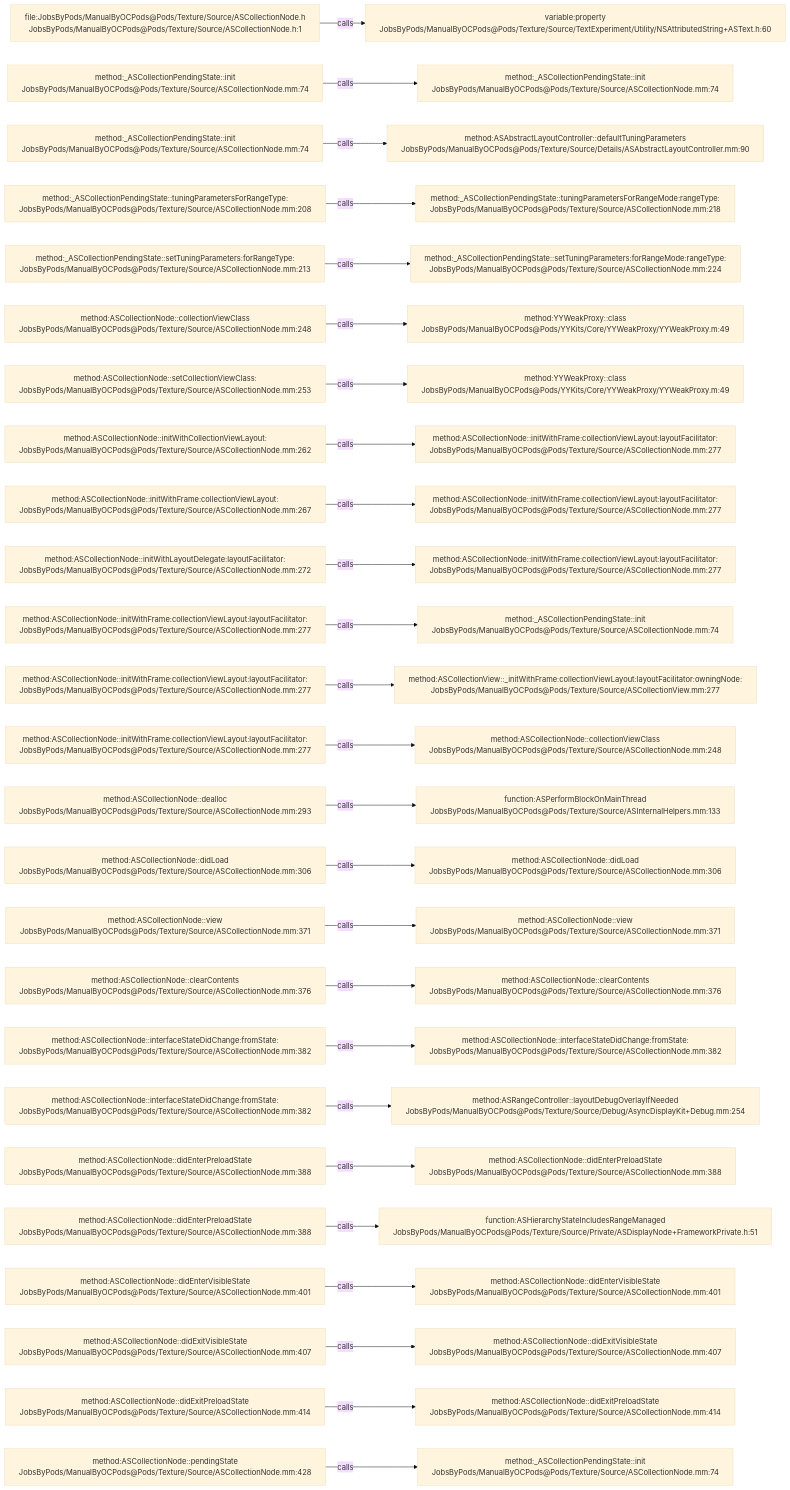
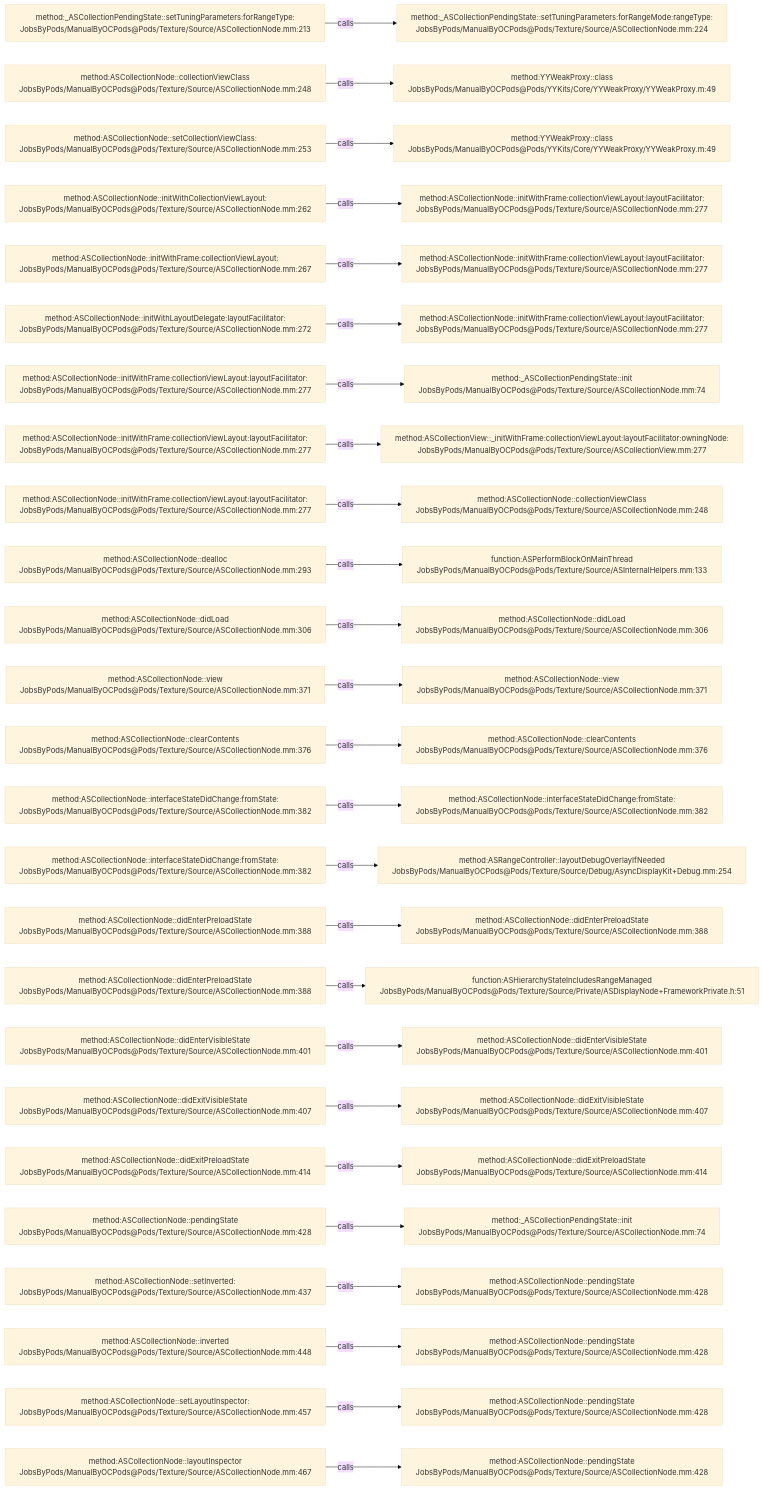
The diagram in .codegraph/codegraph.md/graphs/calls-074.md (JobsKits/JobsOCBaseConfigDemo), drawn with Mermaid (base theme) before and after one commit. The commit also changed 727 other files, not shown here.

````diff
--- a/.codegraph/codegraph.md/graphs/calls-074.md
+++ b/.codegraph/codegraph.md/graphs/calls-074.md
@@ -13,78 +13,78 @@
 ```mermaid
 flowchart LR
-  S1["file:JobsByPods/ManualByOCPods@Pods/Texture/Source/ASCollectionNode.h<br/>JobsByPods/ManualByOCPods@Pods/Texture/Source/ASCollectionNode.h:1"]
-  T1["variable:property<br/>JobsByPods/ManualByOCPods@Pods/Texture/Source/TextExperiment/Utility/NSAttributedString+ASText.h:60"]
+  S1["method:_ASCollectionPendingState::setTuningParameters:forRangeType:<br/>JobsByPods/ManualByOCPods@Pods/Texture/Source/ASCollectionNode.mm:213"]
+  T1["method:_ASCollectionPendingState::setTuningParameters:forRangeMode:rangeType:<br/>JobsByPods/ManualByOCPods@Pods/Texture/Source/ASCollectionNode.mm:224"]
   S1 -->|calls| T1
-  S2["method:_ASCollectionPendingState::init<br/>JobsByPods/ManualByOCPods@Pods/Texture/Source/ASCollectionNode.mm:74"]
-  T2["method:_ASCollectionPendingState::init<br/>JobsByPods/ManualByOCPods@Pods/Texture/Source/ASCollectionNode.mm:74"]
+  S2["method:ASCollectionNode::collectionViewClass<br/>JobsByPods/ManualByOCPods@Pods/Texture/Source/ASCollectionNode.mm:248"]
+  T2["method:YYWeakProxy::class<br/>JobsByPods/ManualByOCPods@Pods/YYKits/Core/YYWeakProxy/YYWeakProxy.m:49"]
   S2 -->|calls| T2
-  S3["method:_ASCollectionPendingState::init<br/>JobsByPods/ManualByOCPods@Pods/Texture/Source/ASCollectionNode.mm:74"]
-  T3["method:ASAbstractLayoutController::defaultTuningParameters<br/>JobsByPods/ManualByOCPods@Pods/Texture/Source/Details/ASAbstractLayoutController.mm:90"]
+  S3["method:ASCollectionNode::setCollectionViewClass:<br/>JobsByPods/ManualByOCPods@Pods/Texture/Source/ASCollectionNode.mm:253"]
+  T3["method:YYWeakProxy::class<br/>JobsByPods/ManualByOCPods@Pods/YYKits/Core/YYWeakProxy/YYWeakProxy.m:49"]
   S3 -->|calls| T3
-  S4["method:_ASCollectionPendingState::tuningParametersForRangeType:<br/>JobsByPods/ManualByOCPods@Pods/Texture/Source/ASCollectionNode.mm:208"]
-  T4["method:_ASCollectionPendingState::tuningParametersForRangeMode:rangeType:<br/>JobsByPods/ManualByOCPods@Pods/Texture/Source/ASCollectionNode.mm:218"]
+  S4["method:ASCollectionNode::initWithCollectionViewLayout:<br/>JobsByPods/ManualByOCPods@Pods/Texture/Source/ASCollectionNode.mm:262"]
+  T4["method:ASCollectionNode::initWithFrame:collectionViewLayout:layoutFacilitator:<br/>JobsByPods/ManualByOCPods@Pods/Texture/Source/ASCollectionNode.mm:277"]
   S4 -->|calls| T4
-  S5["method:_ASCollectionPendingState::setTuningParameters:forRangeType:<br/>JobsByPods/ManualByOCPods@Pods/Texture/Source/ASCollectionNode.mm:213"]
-  T5["method:_ASCollectionPendingState::setTuningParameters:forRangeMode:rangeType:<br/>JobsByPods/ManualByOCPods@Pods/Texture/Source/ASCollectionNode.mm:224"]
+  S5["method:ASCollectionNode::initWithFrame:collectionViewLayout:<br/>JobsByPods/ManualByOCPods@Pods/Texture/Source/ASCollectionNode.mm:267"]
+  T5["method:ASCollectionNode::initWithFrame:collectionViewLayout:layoutFacilitator:<br/>JobsByPods/ManualByOCPods@Pods/Texture/Source/ASCollectionNode.mm:277"]
   S5 -->|calls| T5
-  S6["method:ASCollectionNode::collectionViewClass<br/>JobsByPods/ManualByOCPods@Pods/Texture/Source/ASCollectionNode.mm:248"]
-  T6["method:YYWeakProxy::class<br/>JobsByPods/ManualByOCPods@Pods/YYKits/Core/YYWeakProxy/YYWeakProxy.m:49"]
+  S6["method:ASCollectionNode::initWithLayoutDelegate:layoutFacilitator:<br/>JobsByPods/ManualByOCPods@Pods/Texture/Source/ASCollectionNode.mm:272"]
+  T6["method:ASCollectionNode::initWithFrame:collectionViewLayout:layoutFacilitator:<br/>JobsByPods/ManualByOCPods@Pods/Texture/Source/ASCollectionNode.mm:277"]
   S6 -->|calls| T6
-  S7["method:ASCollectionNode::setCollectionViewClass:<br/>JobsByPods/ManualByOCPods@Pods/Texture/Source/ASCollectionNode.mm:253"]
-  T7["method:YYWeakProxy::class<br/>JobsByPods/ManualByOCPods@Pods/YYKits/Core/YYWeakProxy/YYWeakProxy.m:49"]
+  S7["method:ASCollectionNode::initWithFrame:collectionViewLayout:layoutFacilitator:<br/>JobsByPods/ManualByOCPods@Pods/Texture/Source/ASCollectionNode.mm:277"]
+  T7["method:_ASCollectionPendingState::init<br/>JobsByPods/ManualByOCPods@Pods/Texture/Source/ASCollectionNode.mm:74"]
   S7 -->|calls| T7
-  S8["method:ASCollectionNode::initWithCollectionViewLayout:<br/>JobsByPods/ManualByOCPods@Pods/Texture/Source/ASCollectionNode.mm:262"]
-  T8["method:ASCollectionNode::initWithFrame:collectionViewLayout:layoutFacilitator:<br/>JobsByPods/ManualByOCPods@Pods/Texture/Source/ASCollectionNode.mm:277"]
+  S8["method:ASCollectionNode::initWithFrame:collectionViewLayout:layoutFacilitator:<br/>JobsByPods/ManualByOCPods@Pods/Texture/Source/ASCollectionNode.mm:277"]
+  T8["method:ASCollectionView::_initWithFrame:collectionViewLayout:layoutFacilitator:owningNode:<br/>JobsByPods/ManualByOCPods@Pods/Texture/Source/ASCollectionView.mm:277"]
   S8 -->|calls| T8
-  S9["method:ASCollectionNode::initWithFrame:collectionViewLayout:<br/>JobsByPods/ManualByOCPods@Pods/Texture/Source/ASCollectionNode.mm:267"]
-  T9["method:ASCollectionNode::initWithFrame:collectionViewLayout:layoutFacilitator:<br/>JobsByPods/ManualByOCPods@Pods/Texture/Source/ASCollectionNode.mm:277"]
+  S9["method:ASCollectionNode::initWithFrame:collectionViewLayout:layoutFacilitator:<br/>JobsByPods/ManualByOCPods@Pods/Texture/Source/ASCollectionNode.mm:277"]
+  T9["method:ASCollectionNode::collectionViewClass<br/>JobsByPods/ManualByOCPods@Pods/Texture/Source/ASCollectionNode.mm:248"]
   S9 -->|calls| T9
-  S10["method:ASCollectionNode::initWithLayoutDelegate:layoutFacilitator:<br/>JobsByPods/ManualByOCPods@Pods/Texture/Source/ASCollectionNode.mm:272"]
-  T10["method:ASCollectionNode::initWithFrame:collectionViewLayout:layoutFacilitator:<br/>JobsByPods/ManualByOCPods@Pods/Texture/Source/ASCollectionNode.mm:277"]
+  S10["method:ASCollectionNode::dealloc<br/>JobsByPods/ManualByOCPods@Pods/Texture/Source/ASCollectionNode.mm:293"]
+  T10["function:ASPerformBlockOnMainThread<br/>JobsByPods/ManualByOCPods@Pods/Texture/Source/ASInternalHelpers.mm:133"]
   S10 -->|calls| T10
-  S11["method:ASCollectionNode::initWithFrame:collectionViewLayout:layoutFacilitator:<br/>JobsByPods/ManualByOCPods@Pods/Texture/Source/ASCollectionNode.mm:277"]
-  T11["method:_ASCollectionPendingState::init<br/>JobsByPods/ManualByOCPods@Pods/Texture/Source/ASCollectionNode.mm:74"]
+  S11["method:ASCollectionNode::didLoad<br/>JobsByPods/ManualByOCPods@Pods/Texture/Source/ASCollectionNode.mm:306"]
+  T11["method:ASCollectionNode::didLoad<br/>JobsByPods/ManualByOCPods@Pods/Texture/Source/ASCollectionNode.mm:306"]
   S11 -->|calls| T11
-  S12["method:ASCollectionNode::initWithFrame:collectionViewLayout:layoutFacilitator:<br/>JobsByPods/ManualByOCPods@Pods/Texture/Source/ASCollectionNode.mm:277"]
-  T12["method:ASCollectionView::_initWithFrame:collectionViewLayout:layoutFacilitator:owningNode:<br/>JobsByPods/ManualByOCPods@Pods/Texture/Source/ASCollectionView.mm:277"]
+  S12["method:ASCollectionNode::view<br/>JobsByPods/ManualByOCPods@Pods/Texture/Source/ASCollectionNode.mm:371"]
+  T12["method:ASCollectionNode::view<br/>JobsByPods/ManualByOCPods@Pods/Texture/Source/ASCollectionNode.mm:371"]
   S12 -->|calls| T12
-  S13["method:ASCollectionNode::initWithFrame:collectionViewLayout:layoutFacilitator:<br/>JobsByPods/ManualByOCPods@Pods/Texture/Source/ASCollectionNode.mm:277"]
-  T13["method:ASCollectionNode::collectionViewClass<br/>JobsByPods/ManualByOCPods@Pods/Texture/Source/ASCollectionNode.mm:248"]
+  S13["method:ASCollectionNode::clearContents<br/>JobsByPods/ManualByOCPods@Pods/Texture/Source/ASCollectionNode.mm:376"]
+  T13["method:ASCollectionNode::clearContents<br/>JobsByPods/ManualByOCPods@Pods/Texture/Source/ASCollectionNode.mm:376"]
   S13 -->|calls| T13
-  S14["method:ASCollectionNode::dealloc<br/>JobsByPods/ManualByOCPods@Pods/Texture/Source/ASCollectionNode.mm:293"]
-  T14["function:ASPerformBlockOnMainThread<br/>JobsByPods/ManualByOCPods@Pods/Texture/Source/ASInternalHelpers.mm:133"]
+  S14["method:ASCollectionNode::interfaceStateDidChange:fromState:<br/>JobsByPods/ManualByOCPods@Pods/Texture/Source/ASCollectionNode.mm:382"]
+  T14["method:ASCollectionNode::interfaceStateDidChange:fromState:<br/>JobsByPods/ManualByOCPods@Pods/Texture/Source/ASCollectionNode.mm:382"]
   S14 -->|calls| T14
-  S15["method:ASCollectionNode::didLoad<br/>JobsByPods/ManualByOCPods@Pods/Texture/Source/ASCollectionNode.mm:306"]
-  T15["method:ASCollectionNode::didLoad<br/>JobsByPods/ManualByOCPods@Pods/Texture/Source/ASCollectionNode.mm:306"]
+  S15["method:ASCollectionNode::interfaceStateDidChange:fromState:<br/>JobsByPods/ManualByOCPods@Pods/Texture/Source/ASCollectionNode.mm:382"]
+  T15["method:ASRangeController::layoutDebugOverlayIfNeeded<br/>JobsByPods/ManualByOCPods@Pods/Texture/Source/Debug/AsyncDisplayKit+Debug.mm:254"]
   S15 -->|calls| T15
-  S16["method:ASCollectionNode::view<br/>JobsByPods/ManualByOCPods@Pods/Texture/Source/ASCollectionNode.mm:371"]
-  T16["method:ASCollectionNode::view<br/>JobsByPods/ManualByOCPods@Pods/Texture/Source/ASCollectionNode.mm:371"]
+  S16["method:ASCollectionNode::didEnterPreloadState<br/>JobsByPods/ManualByOCPods@Pods/Texture/Source/ASCollectionNode.mm:388"]
+  T16["method:ASCollectionNode::didEnterPreloadState<br/>JobsByPods/ManualByOCPods@Pods/Texture/Source/ASCollectionNode.mm:388"]
   S16 -->|calls| T16
-  S17["method:ASCollectionNode::clearContents<br/>JobsByPods/ManualByOCPods@Pods/Texture/Source/ASCollectionNode.mm:376"]
-  T17["method:ASCollectionNode::clearContents<br/>JobsByPods/ManualByOCPods@Pods/Texture/Source/ASCollectionNode.mm:376"]
+  S17["method:ASCollectionNode::didEnterPreloadState<br/>JobsByPods/ManualByOCPods@Pods/Texture/Source/ASCollectionNode.mm:388"]
+  T17["function:ASHierarchyStateIncludesRangeManaged<br/>JobsByPods/ManualByOCPods@Pods/Texture/Source/Private/ASDisplayNode+FrameworkPrivate.h:51"]
   S17 -->|calls| T17
-  S18["method:ASCollectionNode::interfaceStateDidChange:fromState:<br/>JobsByPods/ManualByOCPods@Pods/Texture/Source/ASCollectionNode.mm:382"]
-  T18["method:ASCollectionNode::interfaceStateDidChange:fromState:<br/>JobsByPods/ManualByOCPods@Pods/Texture/Source/ASCollectionNode.mm:382"]
+  S18["method:ASCollectionNode::didEnterVisibleState<br/>JobsByPods/ManualByOCPods@Pods/Texture/Source/ASCollectionNode.mm:401"]
+  T18["method:ASCollectionNode::didEnterVisibleState<br/>JobsByPods/ManualByOCPods@Pods/Texture/Source/ASCollectionNode.mm:401"]
   S18 -->|calls| T18
-  S19["method:ASCollectionNode::interfaceStateDidChange:fromState:<br/>JobsByPods/ManualByOCPods@Pods/Texture/Source/ASCollectionNode.mm:382"]
-  T19["method:ASRangeController::layoutDebugOverlayIfNeeded<br/>JobsByPods/ManualByOCPods@Pods/Texture/Source/Debug/AsyncDisplayKit+Debug.mm:254"]
+  S19["method:ASCollectionNode::didExitVisibleState<br/>JobsByPods/ManualByOCPods@Pods/Texture/Source/ASCollectionNode.mm:407"]
+  T19["method:ASCollectionNode::didExitVisibleState<br/>JobsByPods/ManualByOCPods@Pods/Texture/Source/ASCollectionNode.mm:407"]
   S19 -->|calls| T19
-  S20["method:ASCollectionNode::didEnterPreloadState<br/>JobsByPods/ManualByOCPods@Pods/Texture/Source/ASCollectionNode.mm:388"]
-  T20["method:ASCollectionNode::didEnterPreloadState<br/>JobsByPods/ManualByOCPods@Pods/Texture/Source/ASCollectionNode.mm:388"]
+  S20["method:ASCollectionNode::didExitPreloadState<br/>JobsByPods/ManualByOCPods@Pods/Texture/Source/ASCollectionNode.mm:414"]
+  T20["method:ASCollectionNode::didExitPreloadState<br/>JobsByPods/ManualByOCPods@Pods/Texture/Source/ASCollectionNode.mm:414"]
   S20 -->|calls| T20
-  S21["method:ASCollectionNode::didEnterPreloadState<br/>JobsByPods/ManualByOCPods@Pods/Texture/Source/ASCollectionNode.mm:388"]
-  T21["function:ASHierarchyStateIncludesRangeManaged<br/>JobsByPods/ManualByOCPods@Pods/Texture/Source/Private/ASDisplayNode+FrameworkPrivate.h:51"]
+  S21["method:ASCollectionNode::pendingState<br/>JobsByPods/ManualByOCPods@Pods/Texture/Source/ASCollectionNode.mm:428"]
+  T21["method:_ASCollectionPendingState::init<br/>JobsByPods/ManualByOCPods@Pods/Texture/Source/ASCollectionNode.mm:74"]
   S21 -->|calls| T21
-  S22["method:ASCollectionNode::didEnterVisibleState<br/>JobsByPods/ManualByOCPods@Pods/Texture/Source/ASCollectionNode.mm:401"]
-  T22["method:ASCollectionNode::didEnterVisibleState<br/>JobsByPods/ManualByOCPods@Pods/Texture/Source/ASCollectionNode.mm:401"]
+  S22["method:ASCollectionNode::setInverted:<br/>JobsByPods/ManualByOCPods@Pods/Texture/Source/ASCollectionNode.mm:437"]
+  T22["method:ASCollectionNode::pendingState<br/>JobsByPods/ManualByOCPods@Pods/Texture/Source/ASCollectionNode.mm:428"]
   S22 -->|calls| T22
-  S23["method:ASCollectionNode::didExitVisibleState<br/>JobsByPods/ManualByOCPods@Pods/Texture/Source/ASCollectionNode.mm:407"]
-  T23["method:ASCollectionNode::didExitVisibleState<br/>JobsByPods/ManualByOCPods@Pods/Texture/Source/ASCollectionNode.mm:407"]
+  S23["method:ASCollectionNode::inverted<br/>JobsByPods/ManualByOCPods@Pods/Texture/Source/ASCollectionNode.mm:448"]
+  T23["method:ASCollectionNode::pendingState<br/>JobsByPods/ManualByOCPods@Pods/Texture/Source/ASCollectionNode.mm:428"]
   S23 -->|calls| T23
-  S24["method:ASCollectionNode::didExitPreloadState<br/>JobsByPods/ManualByOCPods@Pods/Texture/Source/ASCollectionNode.mm:414"]
-  T24["method:ASCollectionNode::didExitPreloadState<br/>JobsByPods/ManualByOCPods@Pods/Texture/Source/ASCollectionNode.mm:414"]
+  S24["method:ASCollectionNode::setLayoutInspector:<br/>JobsByPods/ManualByOCPods@Pods/Texture/Source/ASCollectionNode.mm:457"]
+  T24["method:ASCollectionNode::pendingState<br/>JobsByPods/ManualByOCPods@Pods/Texture/Source/ASCollectionNode.mm:428"]
   S24 -->|calls| T24
-  S25["method:ASCollectionNode::pendingState<br/>JobsByPods/ManualByOCPods@Pods/Texture/Source/ASCollectionNode.mm:428"]
-  T25["method:_ASCollectionPendingState::init<br/>JobsByPods/ManualByOCPods@Pods/Texture/Source/ASCollectionNode.mm:74"]
+  S25["method:ASCollectionNode::layoutInspector<br/>JobsByPods/ManualByOCPods@Pods/Texture/Source/ASCollectionNode.mm:467"]
+  T25["method:ASCollectionNode::pendingState<br/>JobsByPods/ManualByOCPods@Pods/Texture/Source/ASCollectionNode.mm:428"]
   S25 -->|calls| T25
 ```
````
